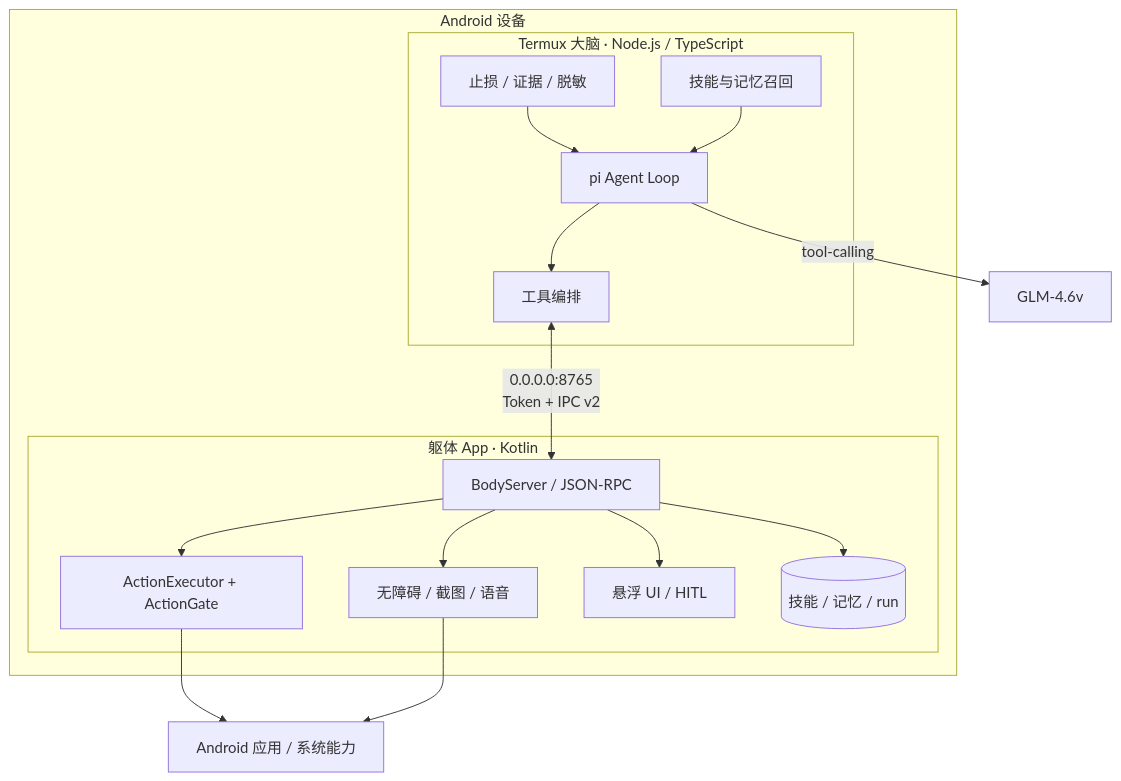
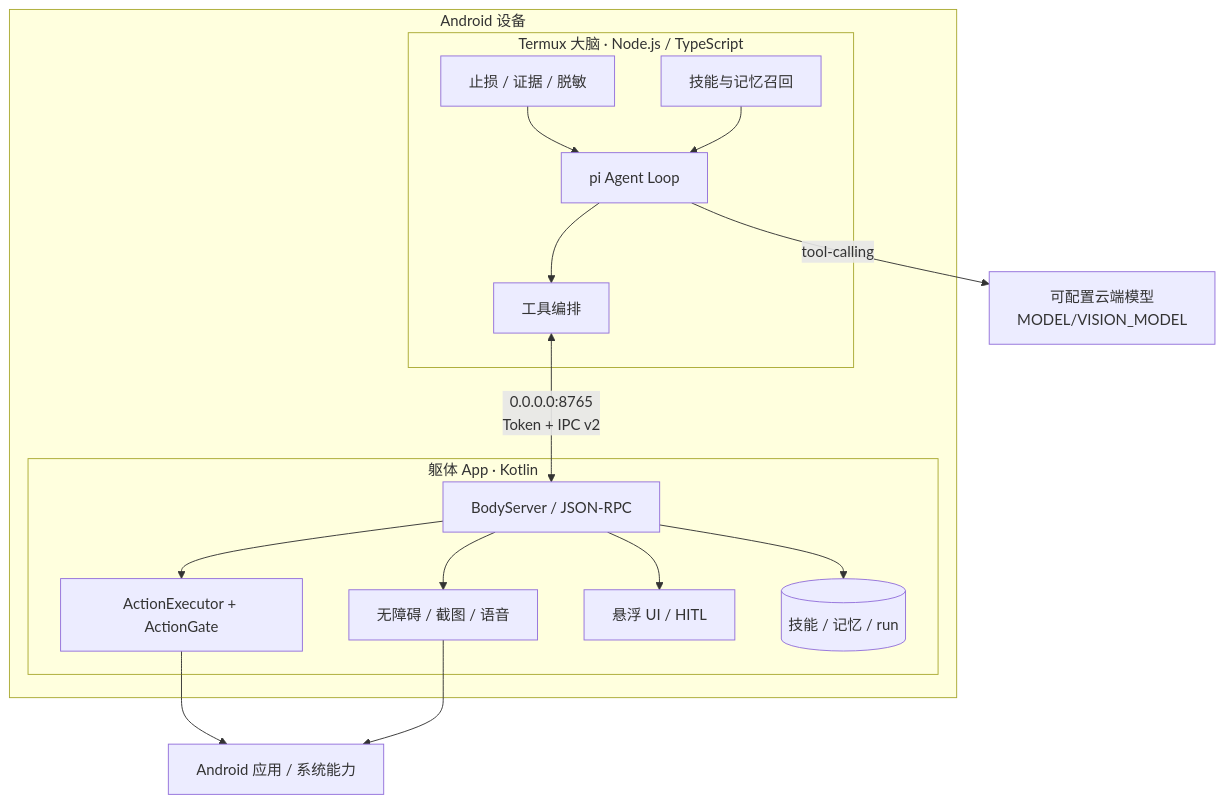
The second of 3 diagrams in README.md (taomic2035/SuperAgent-Android), drawn with Mermaid before and after one commit. The commit also changed 13 other files, not shown here.

````diff
--- a/README.md
+++ b/README.md
@@ -44,32 +44,32 @@
 ```mermaid
 flowchart TB
     subgraph Device[Android 设备]
         subgraph Brain[Termux 大脑 · Node.js / TypeScript]
             Agent[pi Agent Loop]
             Tools[工具编排]
             Guards[止损 / 证据 / 脱敏]
             Recall[技能与记忆召回]
             Agent --> Tools
             Guards --> Agent
             Recall --> Agent
         end
 
         subgraph Body[躯体 App · Kotlin]
             RPC[BodyServer / JSON-RPC]
             Gate[ActionExecutor + ActionGate]
             Sense[无障碍 / 截图 / 语音]
             UX[悬浮 UI / HITL]
             Store[(技能 / 记忆 / run)]
             RPC --> Gate
             RPC --> Sense
             RPC --> UX
             RPC --> Store
         end
 
         Tools <-->|0.0.0.0:8765<br/>Token + IPC v2| RPC
     end
 
-    Agent -->|tool-calling| Cloud[GLM-4.6v]
+    Agent -->|tool-calling| Cloud[可配置云端模型<br/>MODEL/VISION_MODEL]
     Gate --> Android[Android 应用 / 系统能力]
     Sense --> Android
 ```
````
